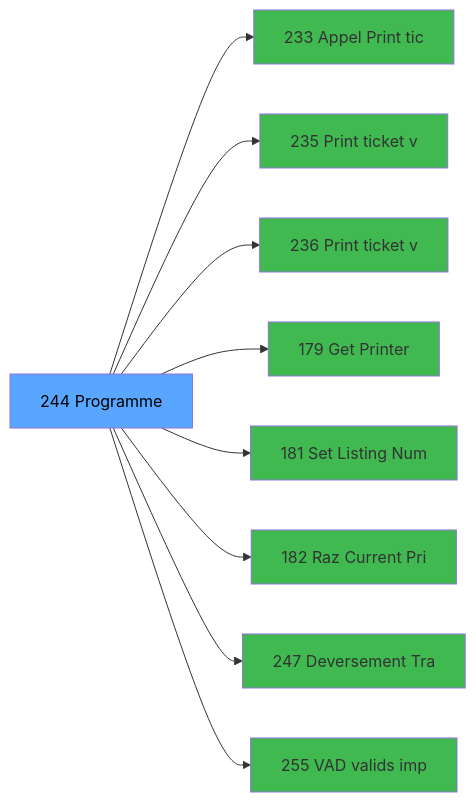
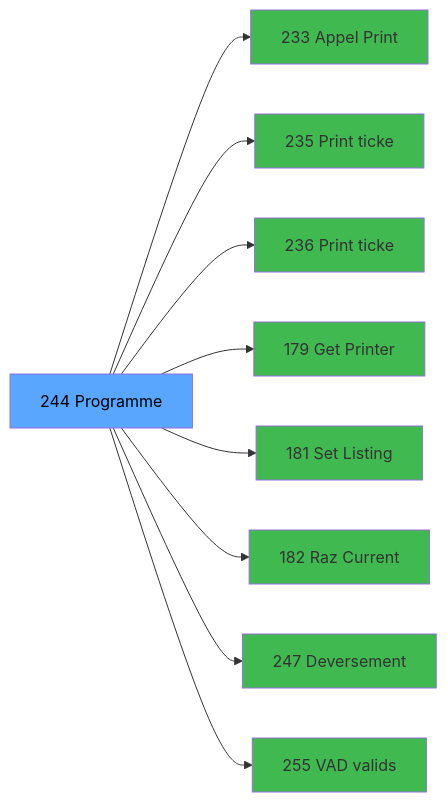
Before and after one commit to thonyAGP/magic-migration: the third of 3 diagrams in .openspec/specs/ADH-IDE-244.md, drawn with Mermaid. The commit also changed other lines of this file and 323 other files, not shown here.

````diff
--- a/.openspec/specs/ADH-IDE-244.md
+++ b/.openspec/specs/ADH-IDE-244.md
@@ -146,29 +179,29 @@
 ```mermaid
 graph LR
     T[244 Programme]
-    C233[233 Appel Print tic]
+    C233[233 Appel Print ]
     T --> C233
-    C235[235  Print ticket v]
+    C235[235  Print ticke]
     T --> C235
-    C236[236  Print ticket v]
+    C236[236  Print ticke]
     T --> C236
     C179[179 Get Printer]
     T --> C179
-    C181[181 Set Listing Num]
+    C181[181 Set Listing ]
     T --> C181
-    C182[182 Raz Current Pri]
+    C182[182 Raz Current ]
     T --> C182
-    C247[247 Deversement Tra]
+    C247[247 Deversement ]
     T --> C247
-    C255[255 VAD valids  imp]
+    C255[255 VAD valids  ]
     T --> C255
     style T fill:#58a6ff,color:#000
     style C233 fill:#3fb950
     style C235 fill:#3fb950
     style C236 fill:#3fb950
     style C179 fill:#3fb950
     style C181 fill:#3fb950
     style C182 fill:#3fb950
     style C247 fill:#3fb950
     style C255 fill:#3fb950
 ```
````
